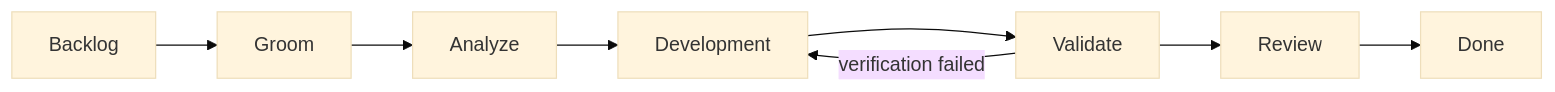
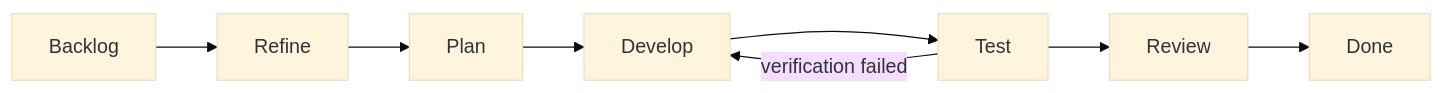
The first of 4 diagrams in docs/QUICKSTART.md (kburson/ai-task-manager), drawn with Mermaid (base theme) before and after one commit. The commit also changed other lines of this file and 15 other files, not shown here.

First line of the commit message:
docs(#101): align all docs to Refine/Plan/Develop/Test vocab

````diff
--- a/docs/QUICKSTART.md
+++ b/docs/QUICKSTART.md
@@ -41,5 +41,5 @@
 ```mermaid
 flowchart LR
-    Backlog --> Groom --> Analyze --> Development --> Validate --> Review --> Done
-    Validate -->|verification failed| Development
+    Backlog --> Refine --> Plan --> Develop --> Test --> Review --> Done
+    Test -->|verification failed| Develop
 ```
````
